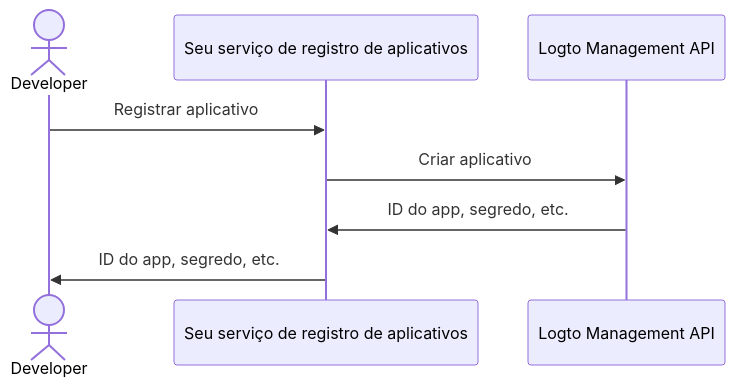
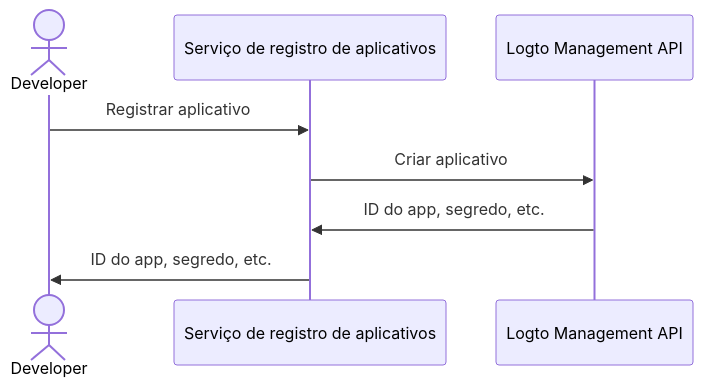
One commit to logto-io/docs changed the diagram in i18n/pt-BR/docusaurus-plugin-content-docs/current/use-cases/ai/fragments/_configure-third-party-ai-agent.mdx. Above: the diagram before and after it, drawn with Mermaid. The commit also changed other lines of this file and 117 other files, not shown here.

````diff
--- a/i18n/pt-BR/docusaurus-plugin-content-docs/current/use-cases/ai/fragments/_configure-third-party-ai-agent.mdx
+++ b/i18n/pt-BR/docusaurus-plugin-content-docs/current/use-cases/ai/fragments/_configure-third-party-ai-agent.mdx
@@ -13,10 +19,10 @@
 ```mermaid
 sequenceDiagram
   actor Developer
-  participant Server as Seu serviço de registro de aplicativos
+  participant Server as Serviço de registro de aplicativos
   participant Logto as Logto Management API
   Developer->>Server: Registrar aplicativo
   Server->>Logto: Criar aplicativo
   Logto->>Server: ID do app, segredo, etc.
   Server->>Developer: ID do app, segredo, etc.
 ```
````
